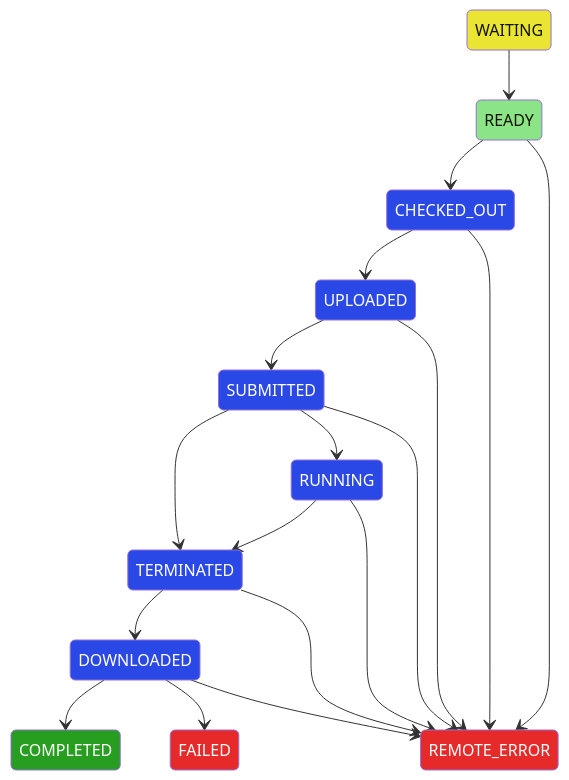
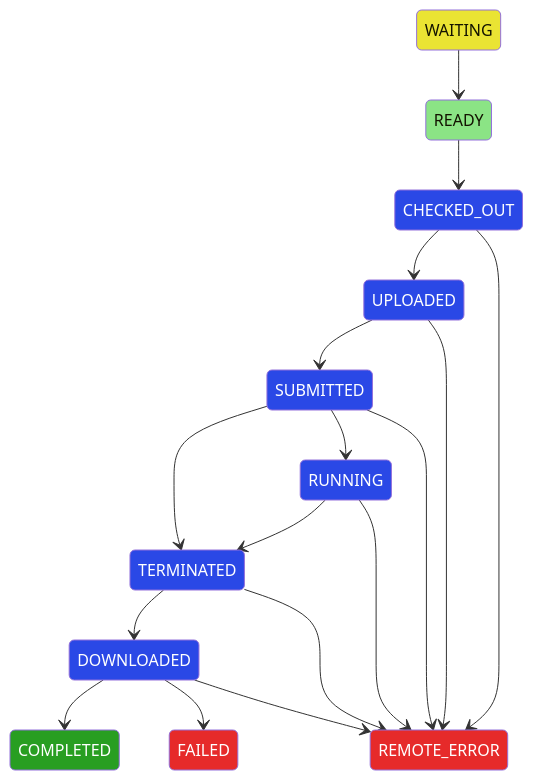
The diagram in doc/source/user/states.rst (Matgenix/jobflow-remote), drawn with Mermaid before and after one commit. The commit also changed 4 other files, not shown here.

Commit message:
add checks for job checkout and improve flow graph

```diff
--- a/doc/source/user/states.rst
+++ b/doc/source/user/states.rst
@@ -148,35 +148,34 @@
 .. mermaid::
 
     stateDiagram-v2
         WAITING --> READY
         READY --> CHECKED_OUT
         CHECKED_OUT --> UPLOADED
         UPLOADED --> SUBMITTED
         SUBMITTED --> RUNNING
         RUNNING --> TERMINATED
         SUBMITTED --> TERMINATED
         TERMINATED --> DOWNLOADED
         DOWNLOADED --> COMPLETED
         DOWNLOADED --> FAILED
 
-        READY --> REMOTE_ERROR
         CHECKED_OUT --> REMOTE_ERROR
         UPLOADED --> REMOTE_ERROR
         SUBMITTED --> REMOTE_ERROR
         RUNNING --> REMOTE_ERROR
         TERMINATED --> REMOTE_ERROR
         DOWNLOADED --> REMOTE_ERROR
 
 
 
         classDef error fill:#E62A2A,color:white
         classDef running fill:#2a48e6,color:white
         classDef success fill:#289e21,color:white
         classDef ready fill:#8be485
         classDef wait fill:#eae433
 
         class REMOTE_ERROR,FAILED error
         class CHECKED_OUT,UPLOADED,SUBMITTED,RUNNING,TERMINATED,DOWNLOADED running
         class COMPLETED success
         class READY ready
         class WAITING wait
```
